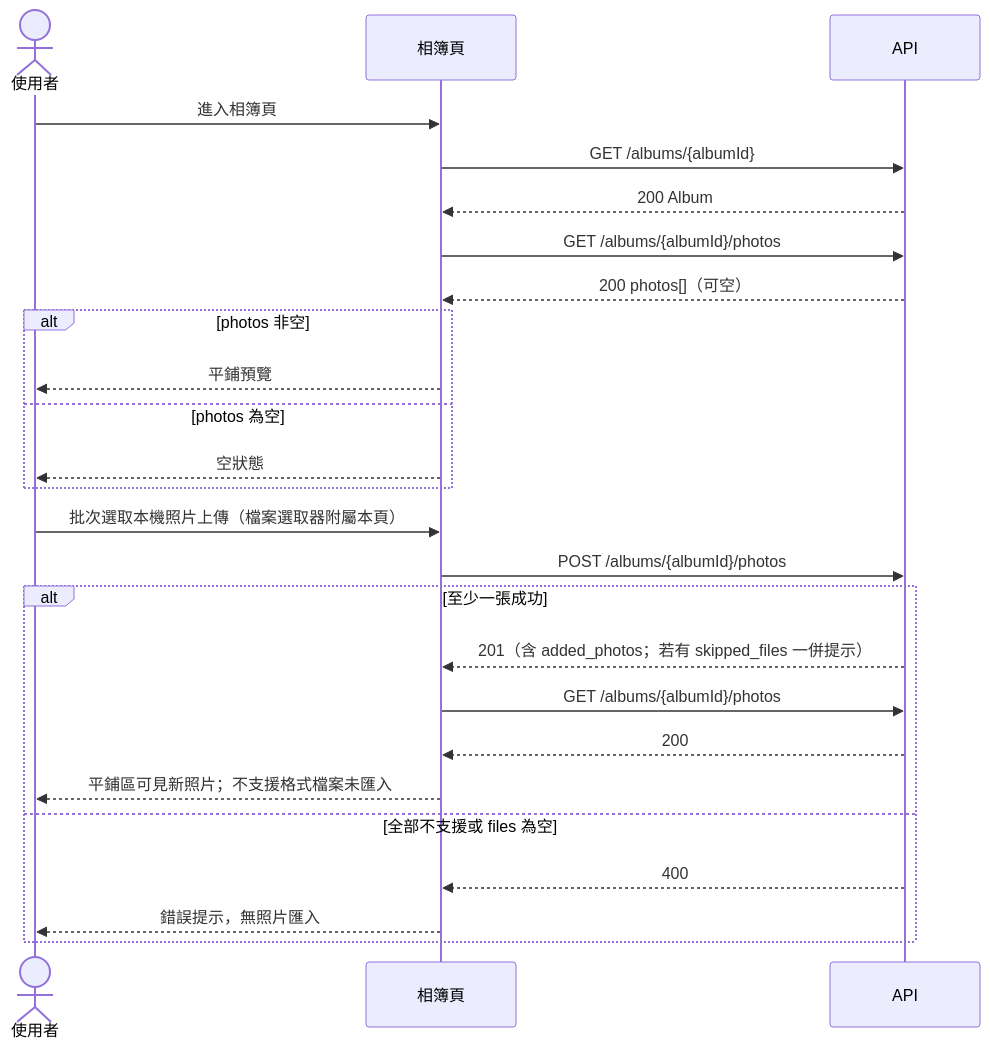
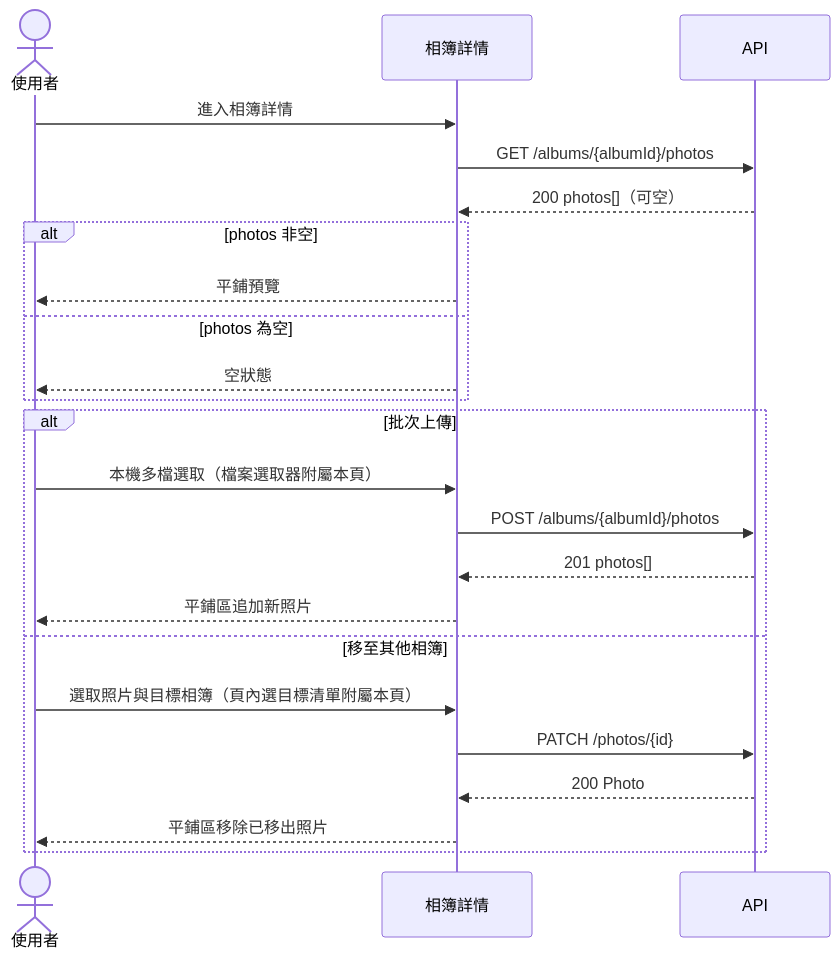
The sixth of 7 diagrams in specs/001-photo-albums/system-analyze/ui-plan.md (Waterball-Limited-Company/Jochu-lv1-training-course), drawn with Mermaid before and after one commit. The commit also changed other lines of this file and 54 other files, not shown here.

````diff
--- a/specs/001-photo-albums/system-analyze/ui-plan.md
+++ b/specs/001-photo-albums/system-analyze/ui-plan.md
@@ -212,29 +217,27 @@
 ```mermaid
 sequenceDiagram
     actor U as 使用者
-    participant Album as 相簿頁
+    participant Album as 相簿詳情
     participant API as API
 
-    U->>Album: 進入相簿頁
-    Album->>API: GET /albums/{albumId}
-    API-->>Album: 200 Album
+    U->>Album: 進入相簿詳情
     Album->>API: GET /albums/{albumId}/photos
     API-->>Album: 200 photos[]（可空）
     alt photos 非空
         Album-->>U: 平鋪預覽
     else photos 為空
         Album-->>U: 空狀態
     end
 
-    U->>Album: 批次選取本機照片上傳（檔案選取器附屬本頁）
-    Album->>API: POST /albums/{albumId}/photos
-    alt 至少一張成功
-        API-->>Album: 201（含 added_photos；若有 skipped_files 一併提示）
-        Album->>API: GET /albums/{albumId}/photos
-        API-->>Album: 200
-        Album-->>U: 平鋪區可見新照片；不支援格式檔案未匯入
-    else 全部不支援或 files 為空
-        API-->>Album: 400
-        Album-->>U: 錯誤提示，無照片匯入
+    alt 批次上傳
+        U->>Album: 本機多檔選取（檔案選取器附屬本頁）
+        Album->>API: POST /albums/{albumId}/photos
+        API-->>Album: 201 photos[]
+        Album-->>U: 平鋪區追加新照片
+    else 移至其他相簿
+        U->>Album: 選取照片與目標相簿（頁內選目標清單附屬本頁）
+        Album->>API: PATCH /photos/{id}
+        API-->>Album: 200 Photo
+        Album-->>U: 平鋪區移除已移出照片
     end
 ```
````
